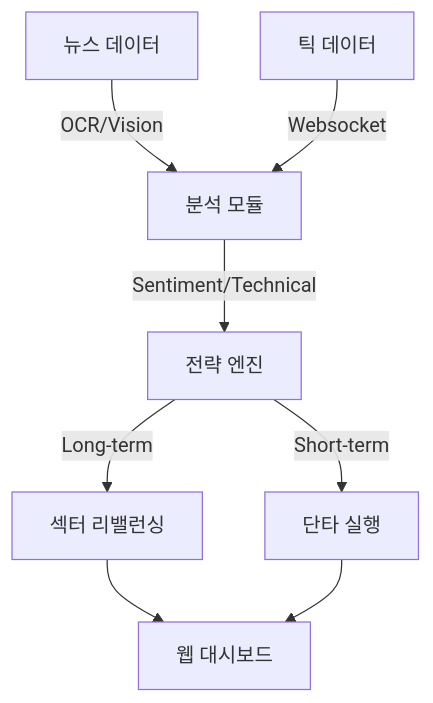
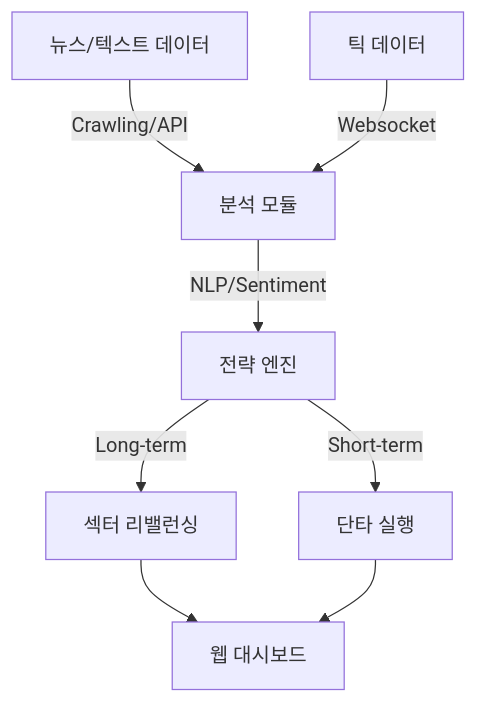
Before and after one commit to Johnssonslotion/stock_monitoring: the diagram in docs/project_context.md, drawn with Mermaid. The commit also changed other lines of this file and 4 other files, not shown here.

````diff
--- a/docs/project_context.md
+++ b/docs/project_context.md
@@ -27,10 +36,10 @@
 ```mermaid
 graph TD
-    News[뉴스 데이터] -->|OCR/Vision| Analysis[분석 모듈]
+    News[뉴스/텍스트 데이터] -->|Crawling/API| Analysis[분석 모듈]
     Tick[틱 데이터] -->|Websocket| Analysis
-    Analysis -->|Sentiment/Technical| Strategy[전략 엔진]
+    Analysis -->|NLP/Sentiment| Strategy[전략 엔진]
     Strategy -->|Long-term| Rebalance[섹터 리밸런싱]
     Strategy -->|Short-term| Scalping[단타 실행]
     Rebalance --> Web[웹 대시보드]
     Scalping --> Web
 ```
````
